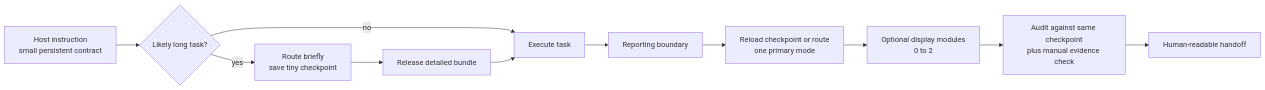
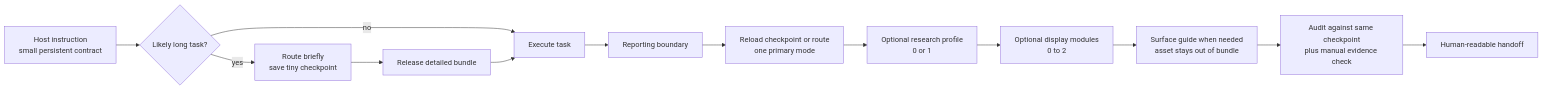
The first of 2 diagrams in docs/ARCHITECTURE.md (asimfish/super_agent_presentation), drawn with Mermaid before and after one commit. The commit also changed other lines of this file and 61 other files, not shown here.

````diff
--- a/docs/ARCHITECTURE.md
+++ b/docs/ARCHITECTURE.md
@@ -29,13 +29,15 @@
 ```mermaid
 flowchart LR
     A[Host instruction\nsmall persistent contract] --> B{Likely long task?}
     B -- yes --> C[Route briefly\nsave tiny checkpoint]
     C --> D[Release detailed bundle]
     B -- no --> E[Execute task]
     D --> E
     E --> F[Reporting boundary]
     F --> G[Reload checkpoint or route\none primary mode]
-    G --> H[Optional display modules\n0 to 2]
-    H --> I[Audit against same checkpoint\nplus manual evidence check]
+    G --> H[Optional research profile\n0 or 1]
+    H --> K[Optional display modules\n0 to 2]
+    K --> L[Surface guide when needed\nasset stays out of bundle]
+    L --> I[Audit against same checkpoint\nplus manual evidence check]
     I --> J[Human-readable handoff]
 ```
````
